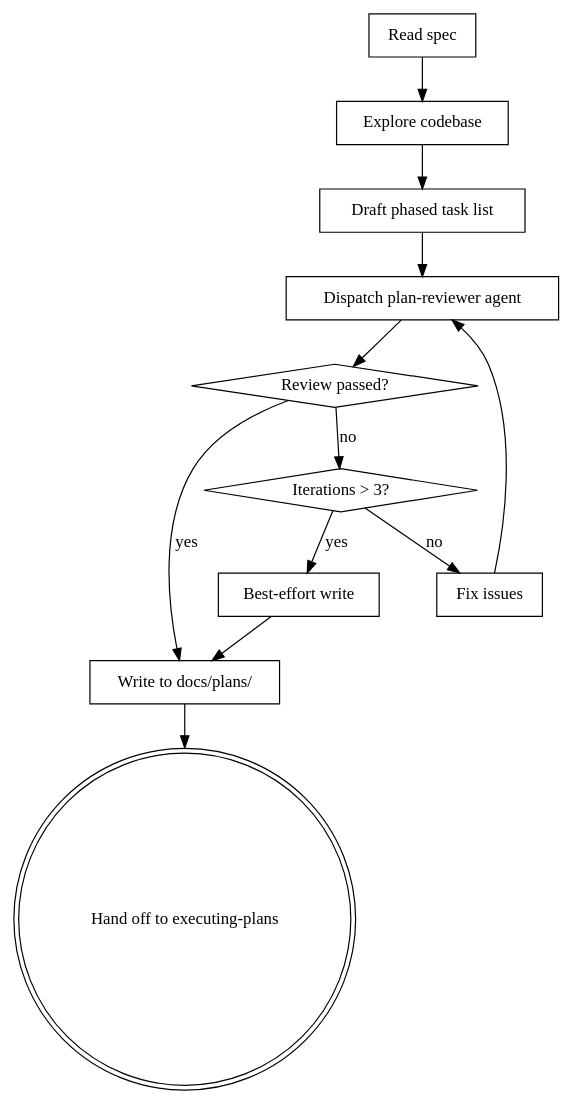
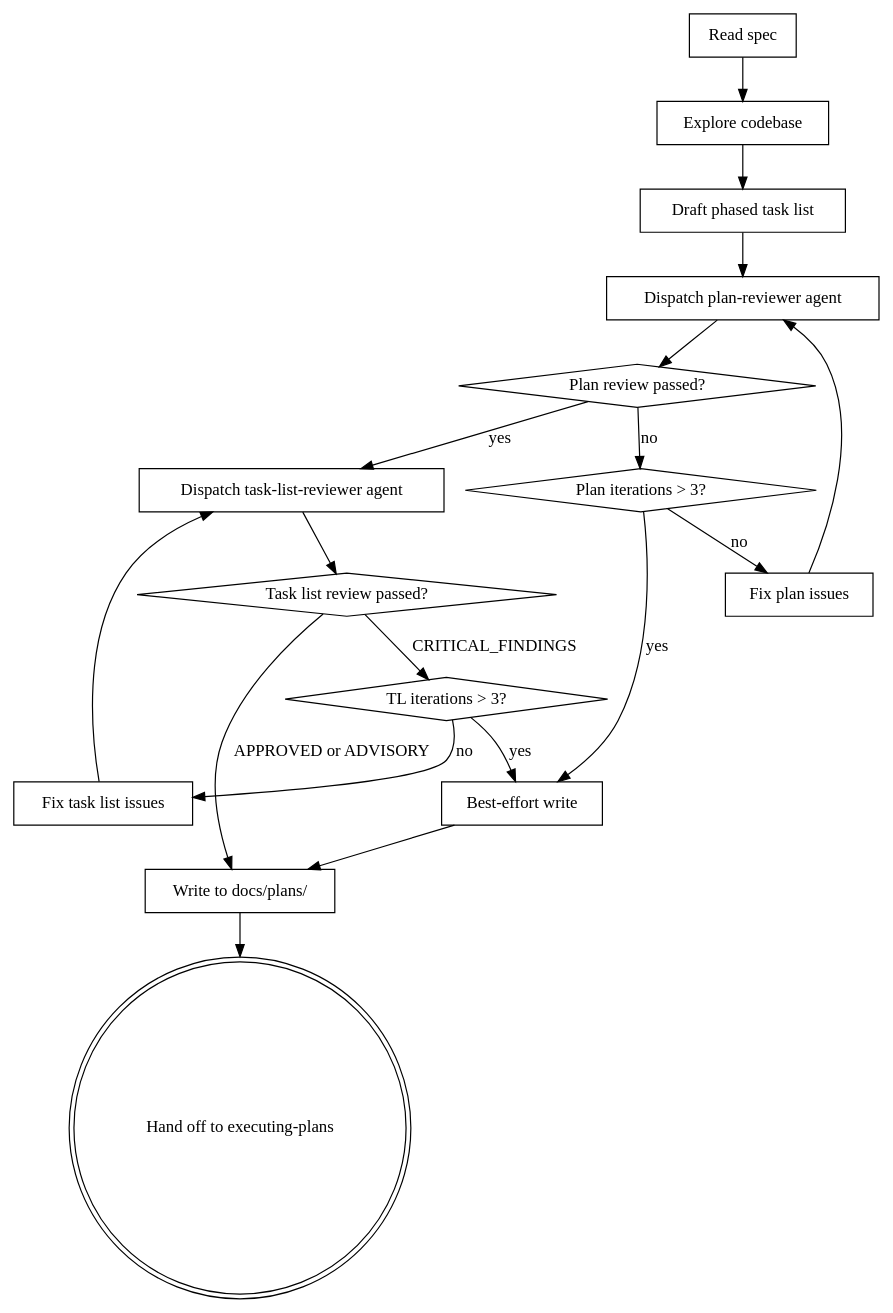
One commit to xmtplabs/code-factory changed the diagram in skills/decomposing-specs/SKILL.md. Above: the diagram before and after it, drawn with Graphviz. The commit also changed other lines of this file and 7 other files, not shown here.

````diff
--- a/skills/decomposing-specs/SKILL.md
+++ b/skills/decomposing-specs/SKILL.md
@@ -12,26 +12,36 @@
 ```dot
 digraph decompose {
     "Read spec" [shape=box];
     "Explore codebase" [shape=box];
     "Draft phased task list" [shape=box];
     "Dispatch plan-reviewer agent" [shape=box];
-    "Review passed?" [shape=diamond];
-    "Fix issues" [shape=box];
-    "Iterations > 3?" [shape=diamond];
+    "Plan review passed?" [shape=diamond];
+    "Fix plan issues" [shape=box];
+    "Plan iterations > 3?" [shape=diamond];
+    "Dispatch task-list-reviewer agent" [shape=box];
+    "Task list review passed?" [shape=diamond];
+    "Fix task list issues" [shape=box];
+    "TL iterations > 3?" [shape=diamond];
     "Best-effort write" [shape=box];
     "Write to docs/plans/" [shape=box];
     "Hand off to executing-plans" [shape=doublecircle];
 
     "Read spec" -> "Explore codebase";
     "Explore codebase" -> "Draft phased task list";
     "Draft phased task list" -> "Dispatch plan-reviewer agent";
-    "Dispatch plan-reviewer agent" -> "Review passed?";
-    "Review passed?" -> "Write to docs/plans/" [label="yes"];
-    "Review passed?" -> "Iterations > 3?" [label="no"];
-    "Iterations > 3?" -> "Fix issues" [label="no"];
-    "Iterations > 3?" -> "Best-effort write" [label="yes"];
-    "Fix issues" -> "Dispatch plan-reviewer agent";
+    "Dispatch plan-reviewer agent" -> "Plan review passed?";
+    "Plan review passed?" -> "Dispatch task-list-reviewer agent" [label="yes"];
+    "Plan review passed?" -> "Plan iterations > 3?" [label="no"];
+    "Plan iterations > 3?" -> "Fix plan issues" [label="no"];
+    "Plan iterations > 3?" -> "Best-effort write" [label="yes"];
+    "Fix plan issues" -> "Dispatch plan-reviewer agent";
+    "Dispatch task-list-reviewer agent" -> "Task list review passed?";
+    "Task list review passed?" -> "Write to docs/plans/" [label="APPROVED or ADVISORY"];
+    "Task list review passed?" -> "TL iterations > 3?" [label="CRITICAL_FINDINGS"];
+    "TL iterations > 3?" -> "Fix task list issues" [label="no"];
+    "TL iterations > 3?" -> "Best-effort write" [label="yes"];
+    "Fix task list issues" -> "Dispatch task-list-reviewer agent";
     "Best-effort write" -> "Write to docs/plans/";
     "Write to docs/plans/" -> "Hand off to executing-plans";
 }
 ```
````
